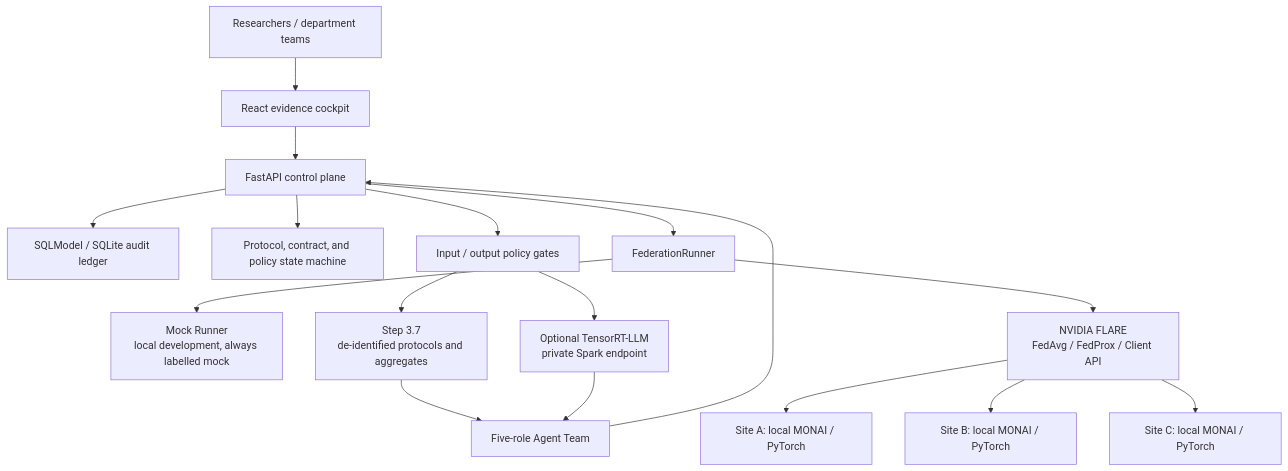
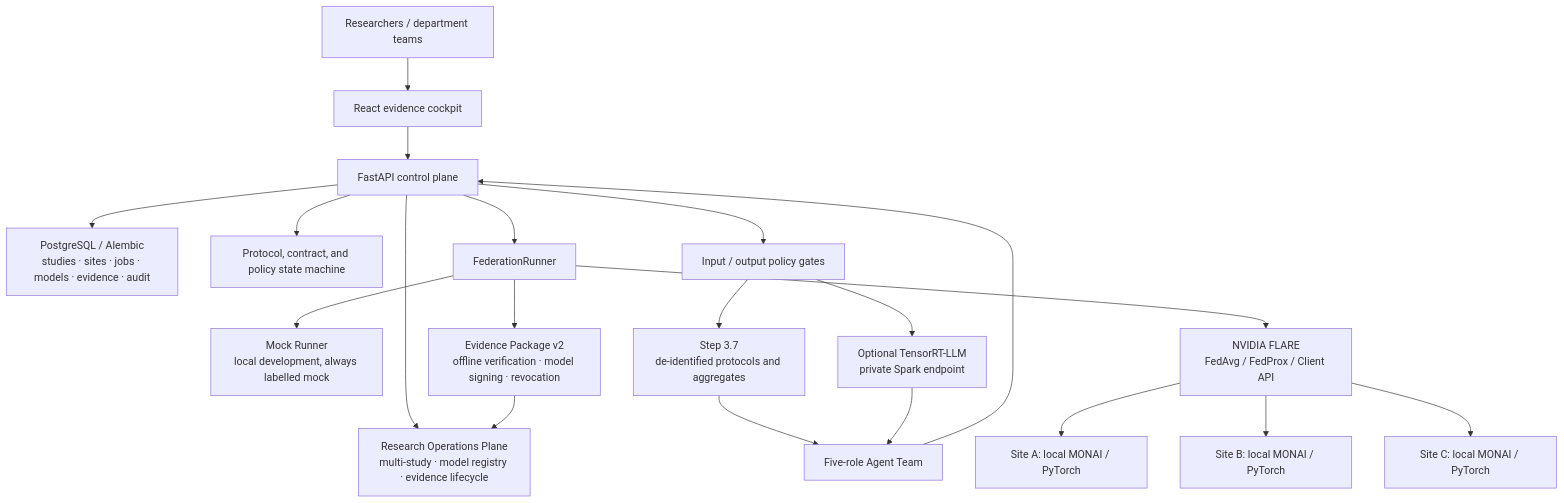
One commit to dingyucanada/RareLink changed the second of 3 diagrams in README.en.md. Above: the diagram before and after it, drawn with Mermaid. The commit also changed other lines of this file and 23 other files, not shown here.

Commit message:
feat: add research operations plane

````diff
--- a/README.en.md
+++ b/README.en.md
@@ -149,19 +256,22 @@
 ```mermaid
 flowchart TB
     U["Researchers / department teams"] --> W["React evidence cockpit"]
     W --> A["FastAPI control plane"]
-    A --> L["SQLModel / SQLite audit ledger"]
+    A --> L["PostgreSQL / Alembic\nstudies · sites · jobs · models · evidence · audit"]
+    A --> Q["Research Operations Plane\nmulti-study · model registry · evidence lifecycle"]
     A --> P["Protocol, contract, and policy state machine"]
     A --> G["Input / output policy gates"]
     A --> R["FederationRunner"]
     R --> M["Mock Runner\nlocal development, always labelled mock"]
     R --> F["NVIDIA FLARE\nFedAvg / FedProx / Client API"]
     F --> S1["Site A: local MONAI / PyTorch"]
     F --> S2["Site B: local MONAI / PyTorch"]
     F --> S3["Site C: local MONAI / PyTorch"]
     G --> T["Step 3.7\nde-identified protocols and aggregates"]
     G --> N["Optional TensorRT-LLM\nprivate Spark endpoint"]
     T --> O["Five-role Agent Team"]
     N --> O
     O --> A
+    R --> E["Evidence Package v2\noffline verification · model signing · revocation"]
+    E --> Q
 ```
````
